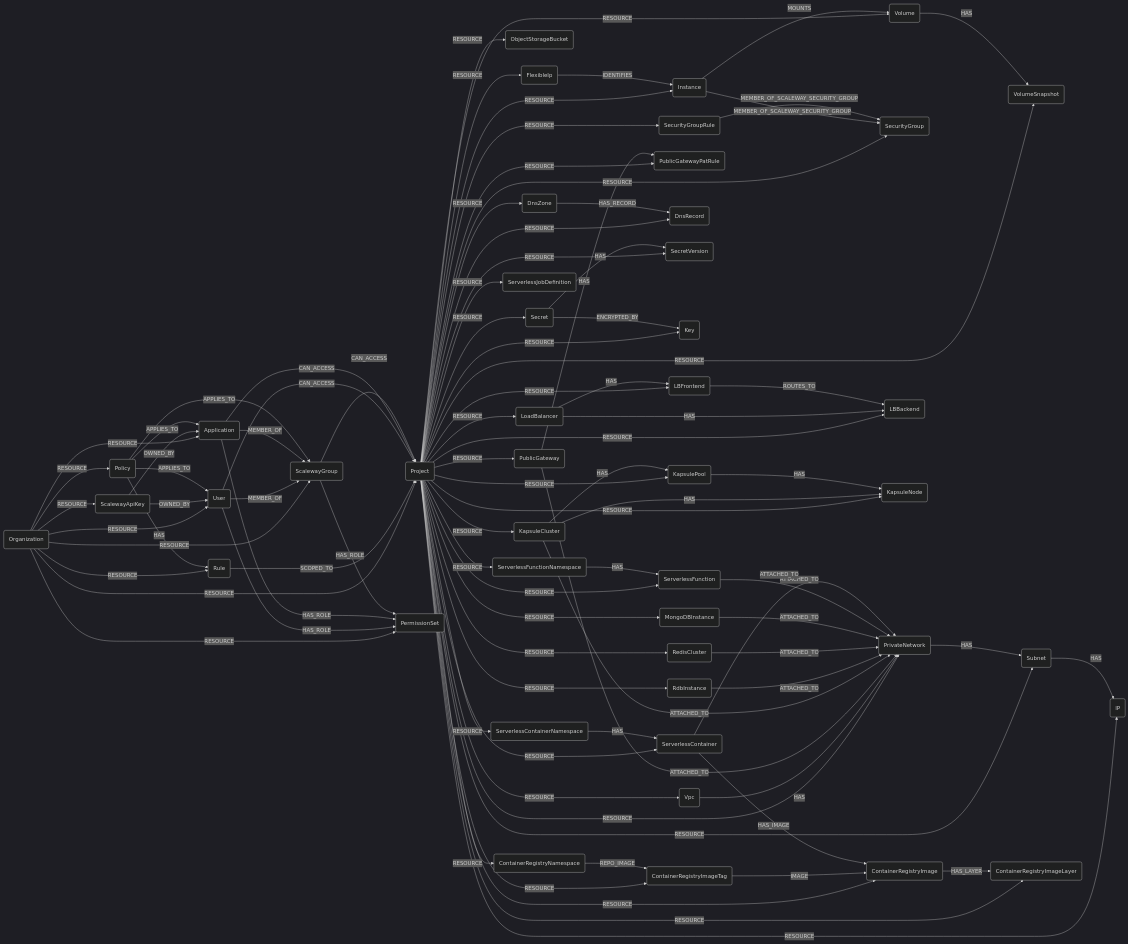
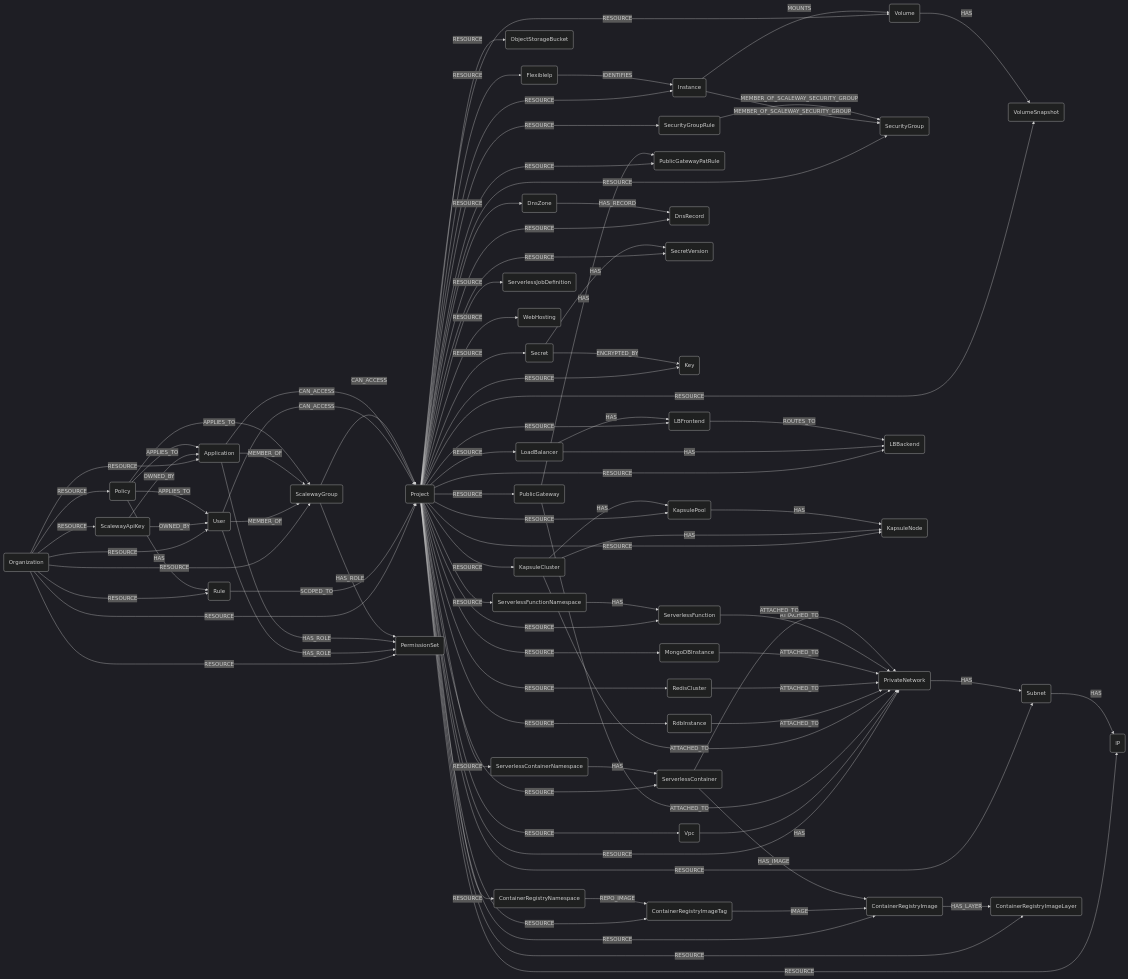
The diagram in docs/root/modules/scaleway/schema.md (cartography-cncf/cartography), drawn with Mermaid (dark theme) before and after one commit. The commit also changed other lines of this file and 7 other files, not shown here.

Commit message:
Add Scaleway Web Hosting ingestion

```diff
--- a/docs/root/modules/scaleway/schema.md
+++ b/docs/root/modules/scaleway/schema.md
@@ -46,6 +46,7 @@
 PRJ -- RESOURCE --> SCN(ServerlessContainerNamespace)
 PRJ -- RESOURCE --> SC(ServerlessContainer)
 PRJ -- RESOURCE --> SJ(ServerlessJobDefinition)
+PRJ -- RESOURCE --> WH(WebHosting)
 INS -- MOUNTS --> VOL
 INS -- MEMBER_OF_SCALEWAY_SECURITY_GROUP --> SG
 SGR -- MEMBER_OF_SCALEWAY_SECURITY_GROUP --> SG
```
